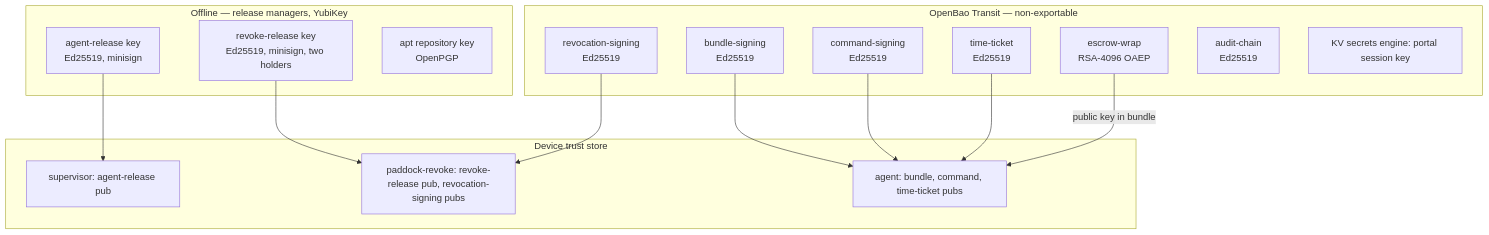
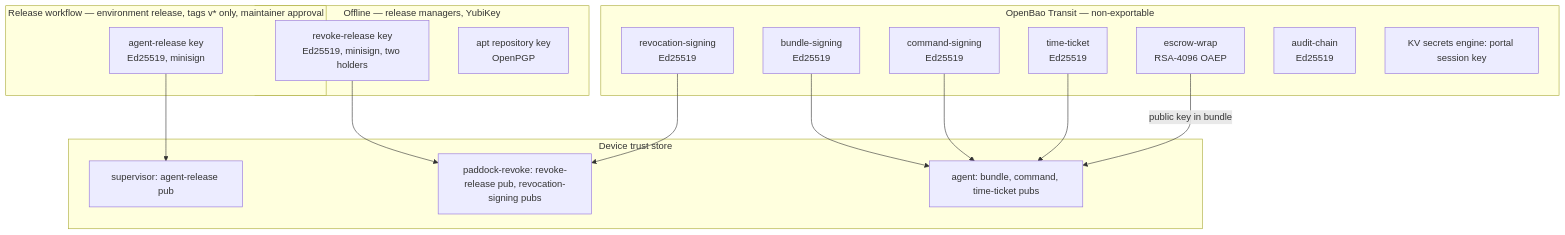
One commit to phischl/paddock-mdm changed diagram 17 of 19 in docs/architecture.md. Above: the diagram before and after it, drawn with Mermaid. The commit also changed other lines of this file and 9 other files, not shown here.

First line of the commit message:
feat(release): sign agent release files in CI behind the protected release environment

````diff
--- a/docs/architecture.md
+++ b/docs/architecture.md
@@ -1385,32 +1385,35 @@
 ```mermaid
 flowchart TB
+  subgraph ci[Release workflow — environment release, tags v* only, maintainer approval]
+    rk[agent-release key<br/>Ed25519, minisign]
+  end
+
   subgraph offline[Offline — release managers, YubiKey]
-    rk[agent-release key<br/>Ed25519, minisign]
     rrk[revoke-release key<br/>Ed25519, minisign, two holders]
     apt[apt repository key<br/>OpenPGP]
   end
 
   subgraph bao[OpenBao Transit — non-exportable]
     bs[bundle-signing<br/>Ed25519]
     cs[command-signing<br/>Ed25519]
     rs[revocation-signing<br/>Ed25519]
     tt[time-ticket<br/>Ed25519]
     ew[escrow-wrap<br/>RSA-4096 OAEP]
     ac[audit-chain<br/>Ed25519]
     sess[KV secrets engine: portal session key]
   end
 
   subgraph device[Device trust store]
     supk[supervisor: agent-release pub]
     revk[paddock-revoke: revoke-release pub, revocation-signing pubs]
     agk[agent: bundle, command, time-ticket pubs]
   end
 
   rk --> supk
   rrk --> revk
   bs --> agk
   cs --> agk
   tt --> agk
   rs --> revk
   ew -->|public key in bundle| agk
 ```
````
